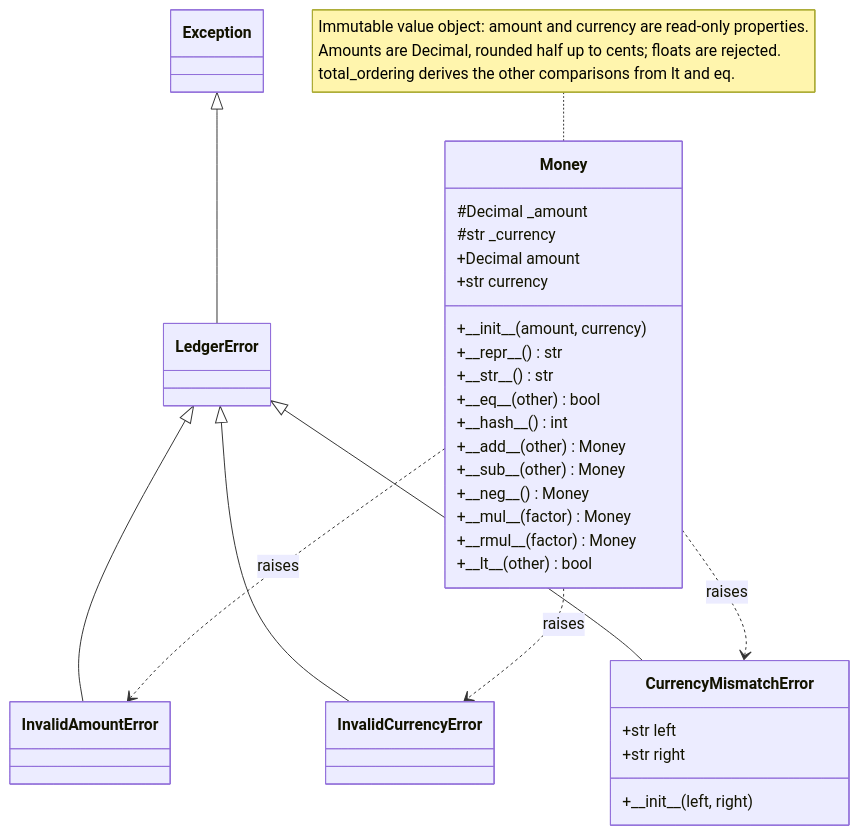
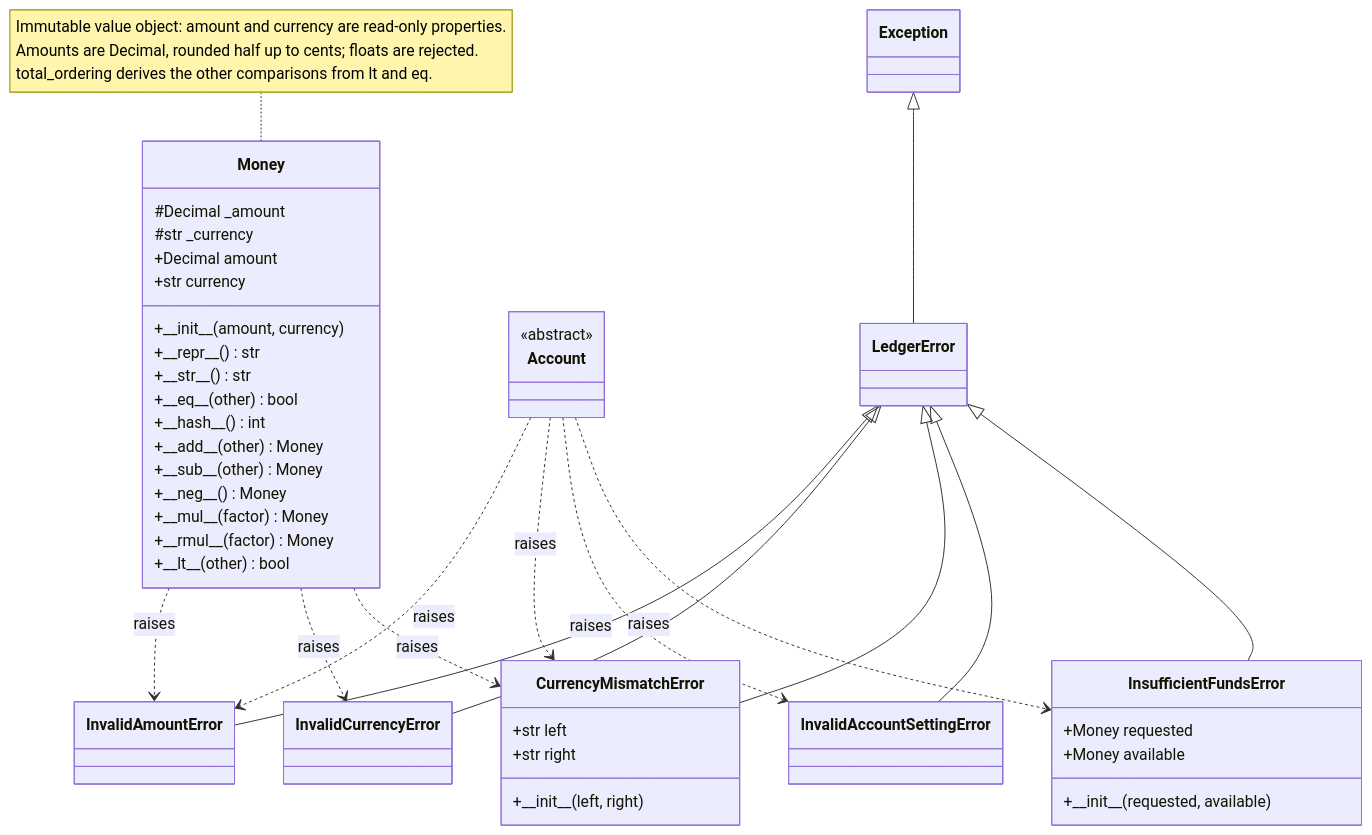
Before and after one commit to ajlight89/ledger: the second of 2 diagrams in README.md, drawn with Mermaid. The commit also changed other lines of this file, not shown here.

Commit message:
docs: add account classes to the README class diagram

````diff
--- a/README.md
+++ b/README.md
@@ -43,42 +116,58 @@
 ```mermaid
 classDiagram
     %% #95; is an underscore. Writing dunder names with it stops Mermaid
     %% reading double underscores as bold text and dropping them.
     class Money {
         #Decimal _amount
         #str _currency
         +Decimal amount
         +str currency
         +#95;#95;init#95;#95;(amount, currency)
         +#95;#95;repr#95;#95;() str
         +#95;#95;str#95;#95;() str
         +#95;#95;eq#95;#95;(other) bool
         +#95;#95;hash#95;#95;() int
         +#95;#95;add#95;#95;(other) Money
         +#95;#95;sub#95;#95;(other) Money
         +#95;#95;neg#95;#95;() Money
         +#95;#95;mul#95;#95;(factor) Money
         +#95;#95;rmul#95;#95;(factor) Money
         +#95;#95;lt#95;#95;(other) bool
     }
     note for Money "Immutable value object: amount and currency are read-only properties.<br>Amounts are Decimal, rounded half up to cents; floats are rejected.<br>total_ordering derives the other comparisons from lt and eq."
 
+    class Account {
+        <<abstract>>
+    }
+
     class Exception
     class LedgerError
     class InvalidAmountError
     class InvalidCurrencyError
     class CurrencyMismatchError {
         +str left
         +str right
         +#95;#95;init#95;#95;(left, right)
     }
+    class InvalidAccountSettingError
+    class InsufficientFundsError {
+        +Money requested
+        +Money available
+        +#95;#95;init#95;#95;(requested, available)
+    }
 
     Exception <|-- LedgerError
     LedgerError <|-- InvalidAmountError
     LedgerError <|-- InvalidCurrencyError
     LedgerError <|-- CurrencyMismatchError
+    LedgerError <|-- InvalidAccountSettingError
+    LedgerError <|-- InsufficientFundsError
 
     Money ..> InvalidAmountError : raises
     Money ..> InvalidCurrencyError : raises
     Money ..> CurrencyMismatchError : raises
+    Account ..> InvalidAmountError : raises
+    Account ..> CurrencyMismatchError : raises
+    Account ..> InvalidAccountSettingError : raises
+    Account ..> InsufficientFundsError : raises
 ```
````
